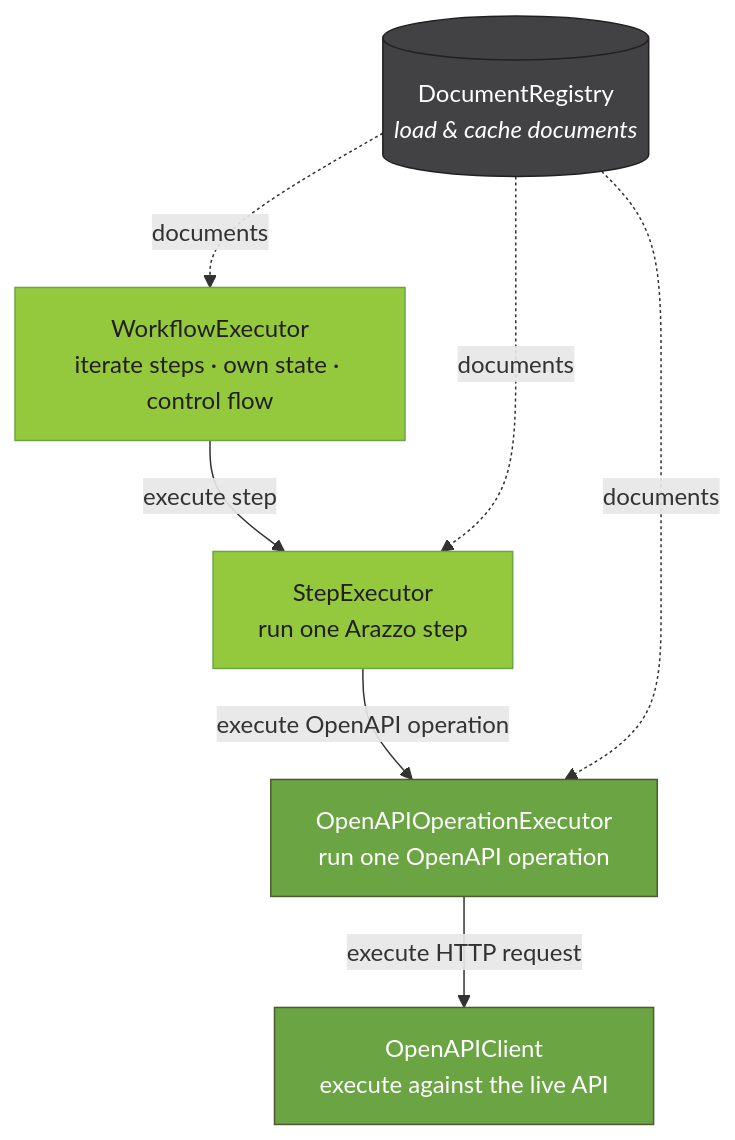
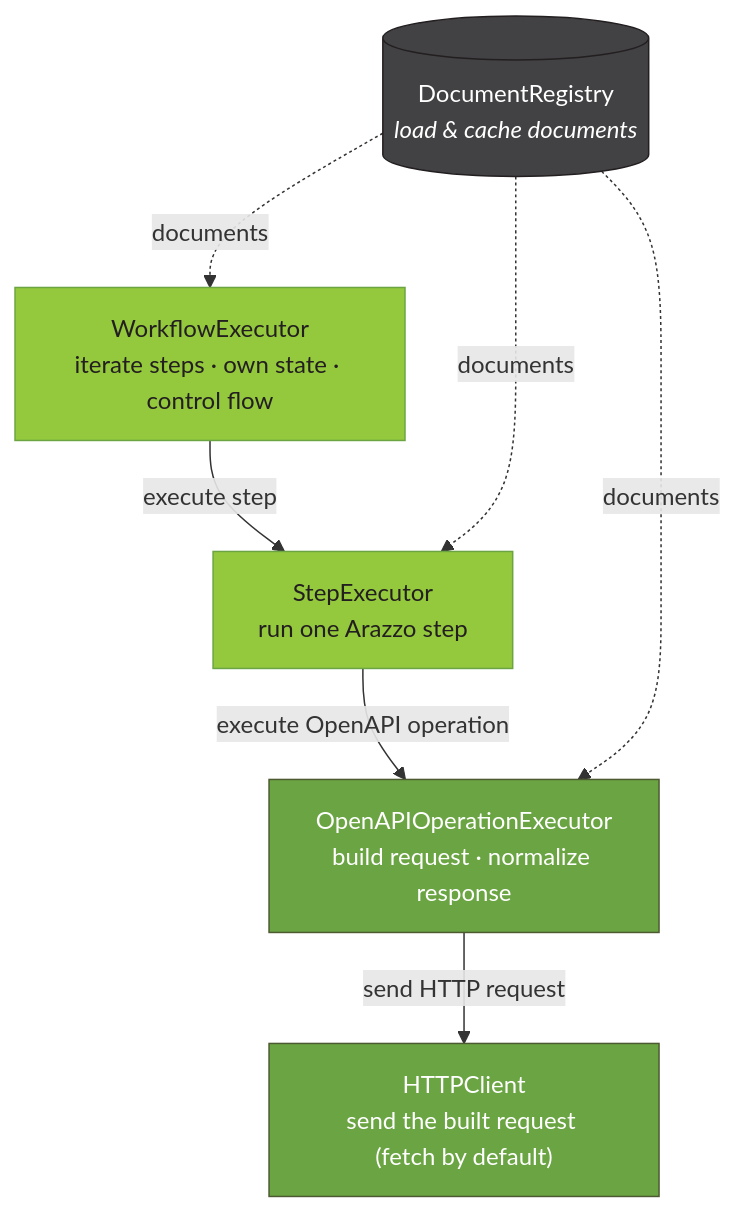
Before and after one commit to usearazzo/arazzo-toolkit: the diagram in packages/runner/README.md, drawn with Mermaid. The commit also changed other lines of this file and 23 other files, not shown here.

First line of the commit message:
refactor(runner): replace OpenAPIClient with a pluggable HTTPClient seam (#34)

````diff
--- a/packages/runner/README.md
+++ b/packages/runner/README.md
@@ -29,26 +42,26 @@
 ```mermaid
 flowchart TD
     Registry[("DocumentRegistry<br/><i>load & cache documents</i>")]
 
     WF["WorkflowExecutor<br/>iterate steps · own state · control flow"]
     Step["StepExecutor<br/>run one Arazzo step"]
-    Op["OpenAPIOperationExecutor<br/>run one OpenAPI operation"]
-    Client["OpenAPIClient<br/>execute against the live API"]
+    Op["OpenAPIOperationExecutor<br/>build request · normalize response"]
+    HTTP["HTTPClient<br/>send the built request (fetch by default)"]
 
     WF -->|"execute step"| Step
     Step -->|"execute OpenAPI operation"| Op
-    Op -->|"execute HTTP request"| Client
+    Op -->|"send HTTP request"| HTTP
 
     Registry -.->|documents| WF
     Registry -.->|documents| Step
     Registry -.->|documents| Op
 
     %% brand colors: Arazzo green, OpenAPI green, neutral registry grey
     classDef arazzo fill:#94C83D,stroke:#6BA543,stroke-width:1px,color:#231F20;
     classDef openapi fill:#6BA543,stroke:#4D5A31,color:#fff;
     classDef neutral fill:#424143,stroke:#231F20,color:#fff;
 
     class WF,Step arazzo;
-    class Op,Client openapi;
+    class Op,HTTP openapi;
     class Registry neutral;
 ```
````
